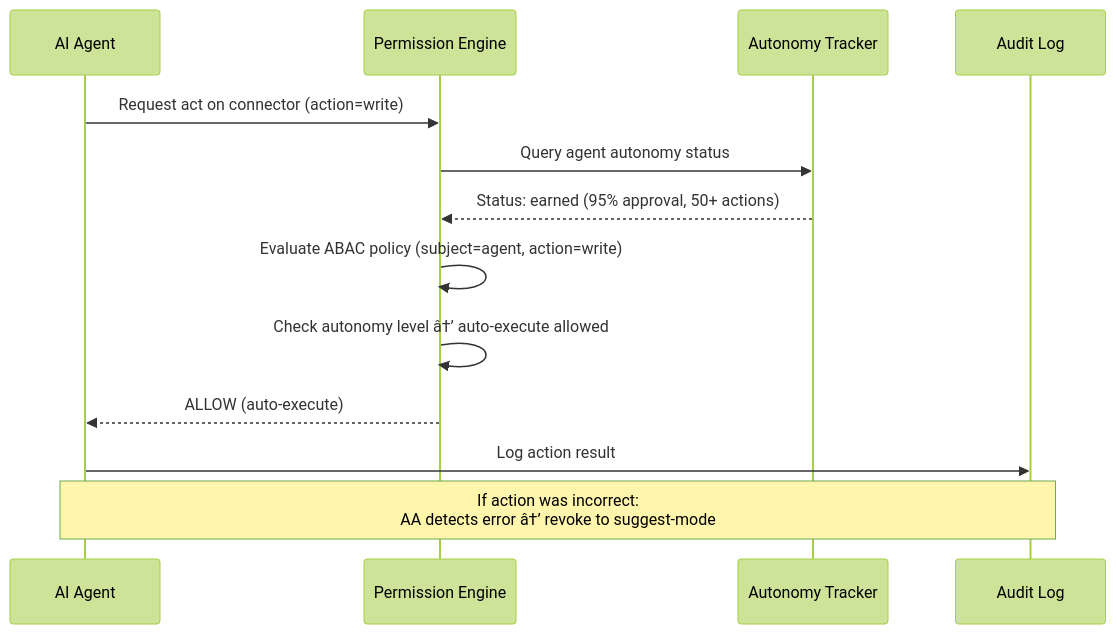
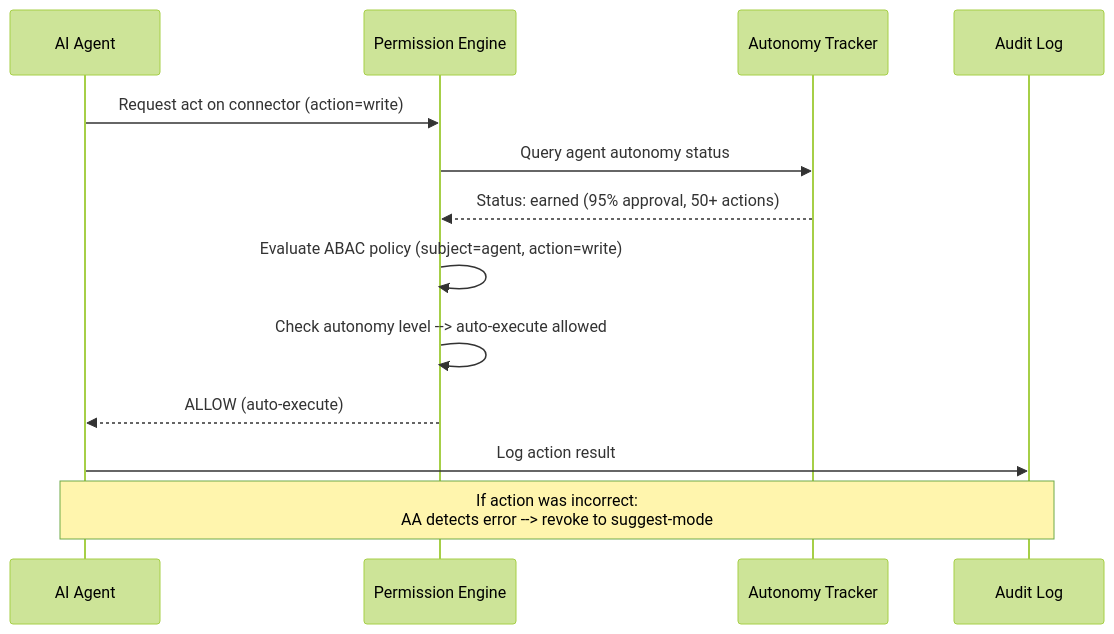
The second of 2 diagrams in Docs/Backend/Authorization.md (Driftloom/Vaeloom), drawn with Mermaid (forest theme) before and after one commit. The commit also changed other lines of this file and 3 other files, not shown here.

````diff
--- a/Docs/Backend/Authorization.md
+++ b/Docs/Backend/Authorization.md
@@ -175,17 +175,17 @@
 ```mermaid
 sequenceDiagram
     participant Agent as AI Agent
     participant PE as Permission Engine
     participant AA as Autonomy Tracker
     participant AL as Audit Log
 
     Agent->>PE: Request act on connector (action=write)
     PE->>AA: Query agent autonomy status
     AA-->>PE: Status: earned (95% approval, 50+ actions)
     PE->>PE: Evaluate ABAC policy (subject=agent, action=write)
-    PE->>PE: Check autonomy level â†’ auto-execute allowed
+    PE->>PE: Check autonomy level --> auto-execute allowed
     PE-->>Agent: ALLOW (auto-execute)
     Agent->>AL: Log action result
 
-    Note over Agent,AL: If action was incorrect:<br/>AA detects error â†’ revoke to suggest-mode
+    Note over Agent,AL: If action was incorrect:<br/>AA detects error --> revoke to suggest-mode
 ```
````
